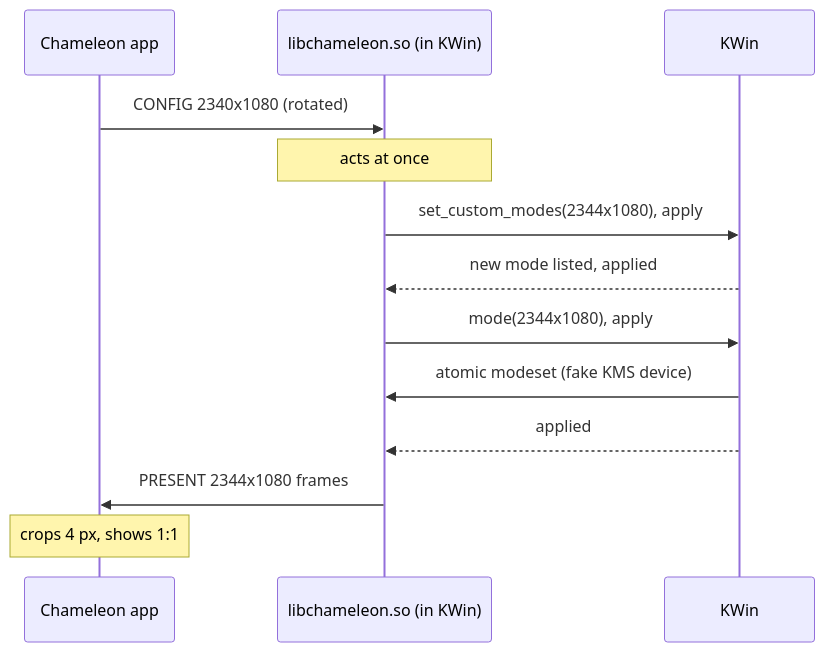
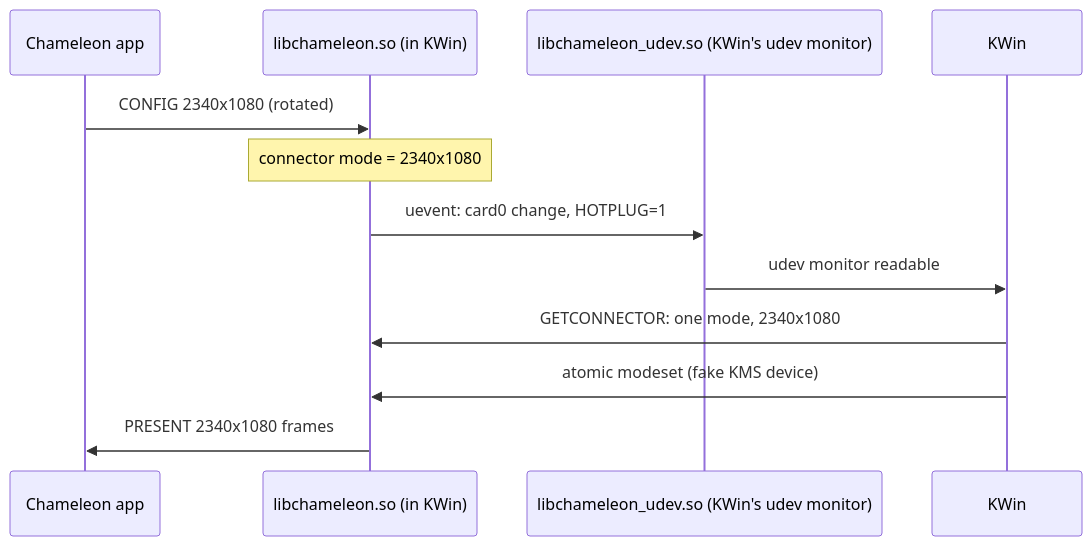
The second of 4 diagrams in README.md (HarryL0L/Project-Chameleon), drawn with Mermaid before and after one commit. The commit also changed other lines of this file and 10 other files, not shown here.

````diff
--- a/README.md
+++ b/README.md
@@ -233,15 +229,14 @@
 ```mermaid
 sequenceDiagram
     participant A as Chameleon app
     participant S as libchameleon.so (in KWin)
+    participant U as libchameleon_udev.so (KWin's udev monitor)
     participant K as KWin
     A->>S: CONFIG 2340x1080 (rotated)
-    Note over S: acts at once
-    S->>K: set_custom_modes(2344x1080), apply
-    K-->>S: new mode listed, applied
-    S->>K: mode(2344x1080), apply
+    Note over S: connector mode = 2340x1080
+    S->>U: uevent: card0 change, HOTPLUG=1
+    U->>K: udev monitor readable
+    K->>S: GETCONNECTOR: one mode, 2340x1080
     K->>S: atomic modeset (fake KMS device)
-    K-->>S: applied
-    S->>A: PRESENT 2344x1080 frames
-    Note over A: crops 4 px, shows 1:1
+    S->>A: PRESENT 2340x1080 frames
 ```
````
